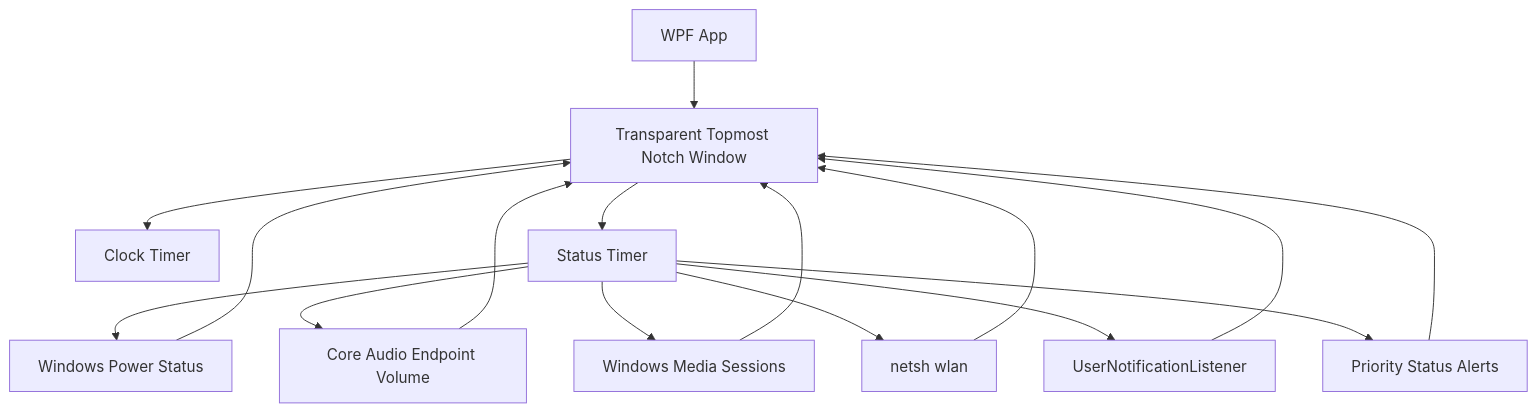
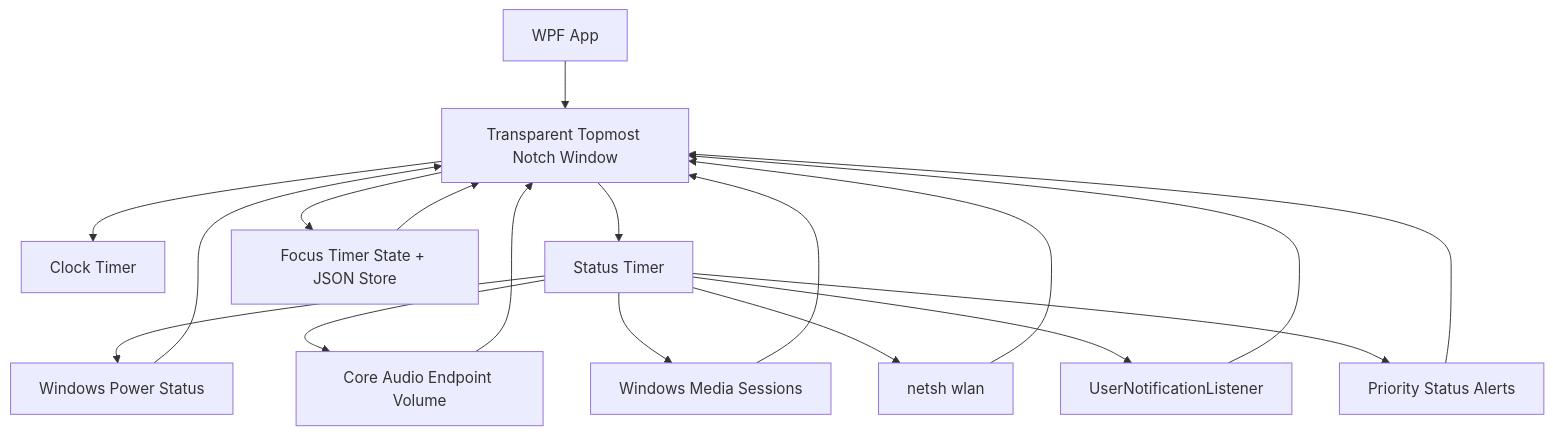
The first of 2 diagrams in docs/architecture.md (mjmajlesi/winotch), drawn with Mermaid before and after one commit. The commit also changed other lines of this file and 5 other files, not shown here.

Commit message:
Wire focus timer into shell

````diff
--- a/docs/architecture.md
+++ b/docs/architecture.md
@@ -5,18 +5,20 @@
 ```mermaid
 flowchart TD
     App["WPF App"] --> Window["Transparent Topmost Notch Window"]
     Window --> Clock["Clock Timer"]
     Window --> Status["Status Timer"]
     Status --> Battery["Windows Power Status"]
     Status --> Audio["Core Audio Endpoint Volume"]
     Status --> Media["Windows Media Sessions"]
     Status --> Wifi["netsh wlan"]
     Status --> Notifications["UserNotificationListener"]
     Status --> Priority["Priority Status Alerts"]
+    Window --> Focus["Focus Timer State + JSON Store"]
     Battery --> Window
     Audio --> Window
     Media --> Window
     Wifi --> Window
     Notifications --> Window
     Priority --> Window
+    Focus --> Window
 ```
````
